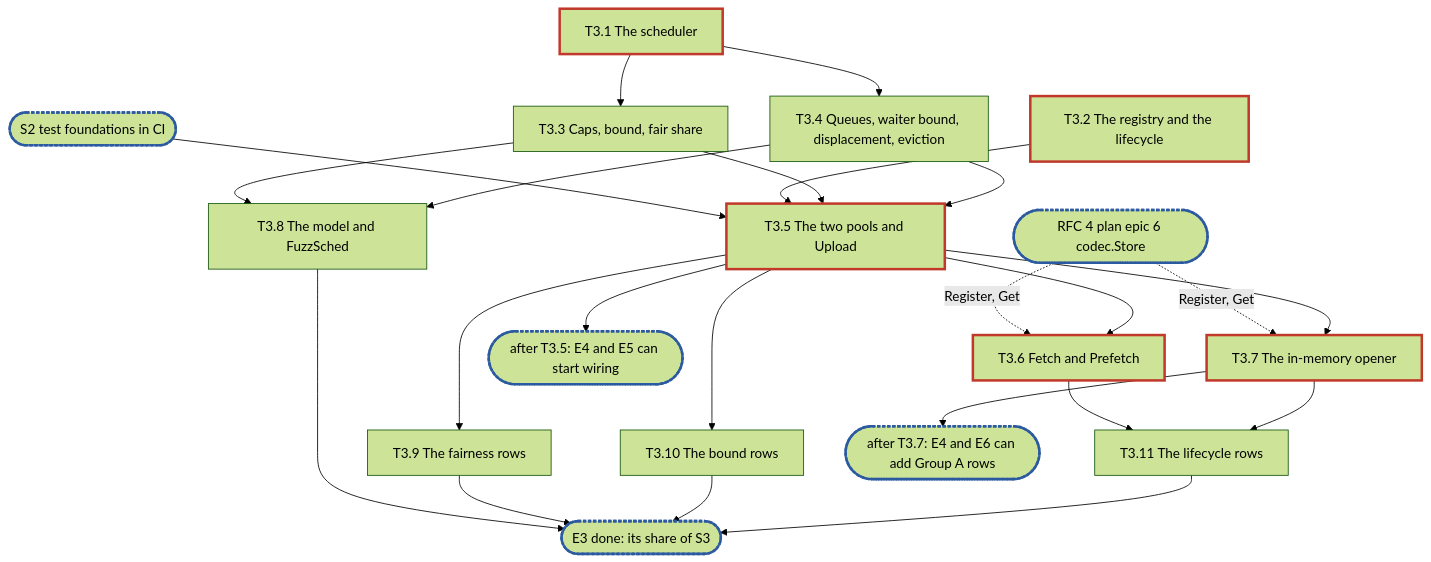
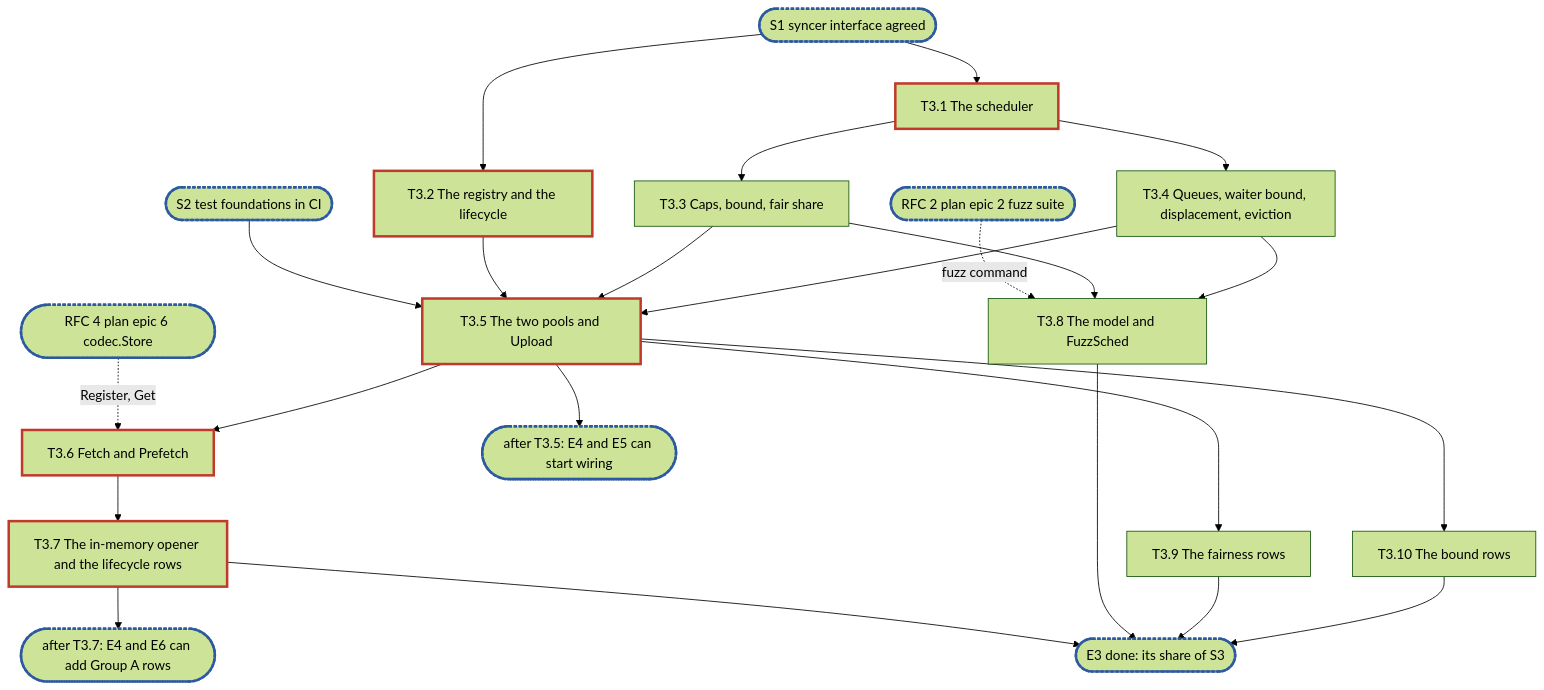
The diagram in .planning/rfc-3-syncer-epic3.md (cubbit/dittofs), drawn with Mermaid (forest theme) before and after one commit. The commit also changed other lines of this file, not shown here.

Commit message:
docs(planning): RFC 3 epic 3, fold the three review passes

````diff
--- a/.planning/rfc-3-syncer-epic3.md
+++ b/.planning/rfc-3-syncer-epic3.md
@@ -682,23 +680,23 @@
 ```mermaid
 flowchart TD
+  S1(["S1 syncer interface agreed"]):::sync --> T3_1 & T3_2
   S2(["S2 test foundations in CI"]):::sync --> T3_5
-  C6(["RFC 4 plan epic 6 codec.Store"]):::sync -. "Register, Get" .-> T3_6 & T3_7
+  C6(["RFC 4 plan epic 6 codec.Store"]):::sync -. "Register, Get" .-> T3_6
+  F2(["RFC 2 plan epic 2 fuzz suite"]):::sync -. "fuzz command" .-> T3_8
   T3_1["T3.1 The scheduler"]:::blocker --> T3_3["T3.3 Caps, bound, fair share"]
   T3_1 --> T3_4["T3.4 Queues, waiter bound, displacement, eviction"]
   T3_2["T3.2 The registry and the lifecycle"]:::blocker --> T3_5["T3.5 The two pools and Upload"]:::blocker
   T3_3 --> T3_5
   T3_4 --> T3_5
   T3_5 --> T3_6["T3.6 Fetch and Prefetch"]:::blocker
-  T3_5 --> T3_7["T3.7 The in-memory opener"]:::blocker
+  T3_6 --> T3_7["T3.7 The in-memory opener and the lifecycle rows"]:::blocker
   T3_3 --> T3_8["T3.8 The model and FuzzSched"]
   T3_4 --> T3_8
   T3_5 --> T3_9["T3.9 The fairness rows"]
   T3_5 --> T3_10["T3.10 The bound rows"]
-  T3_6 --> T3_11["T3.11 The lifecycle rows"]
-  T3_7 --> T3_11
   T3_5 --> K1(["after T3.5: E4 and E5 can start wiring"]):::sync
   T3_7 --> K2(["after T3.7: E4 and E6 can add Group A rows"]):::sync
-  T3_8 & T3_9 & T3_10 & T3_11 --> K3(["E3 done: its share of S3"]):::sync
+  T3_7 & T3_8 & T3_9 & T3_10 --> K3(["E3 done: its share of S3"]):::sync
   classDef blocker stroke:#c0392b,stroke-width:3px
   classDef sync stroke:#2c5aa0,stroke-width:3px,stroke-dasharray:4 2
 ```
````
